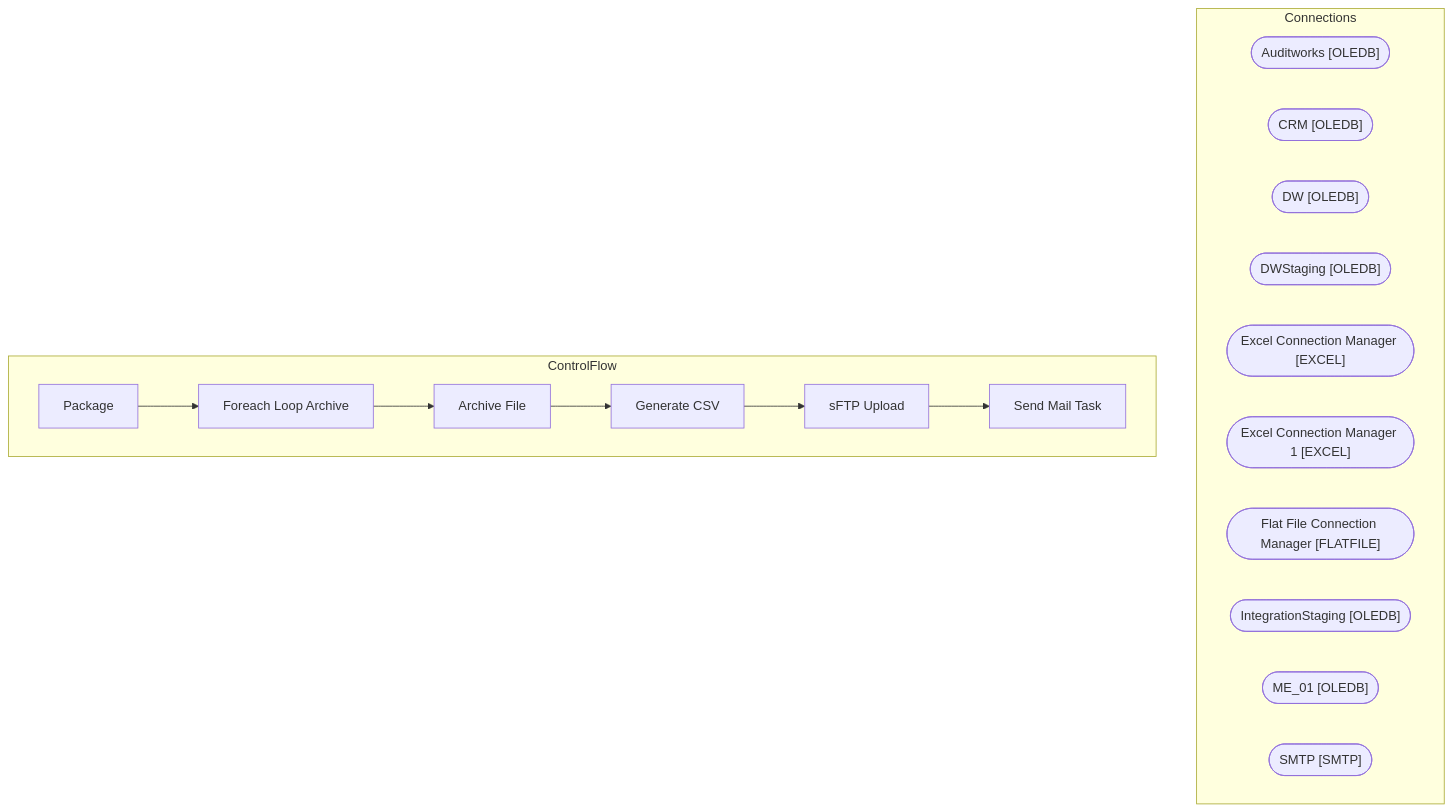
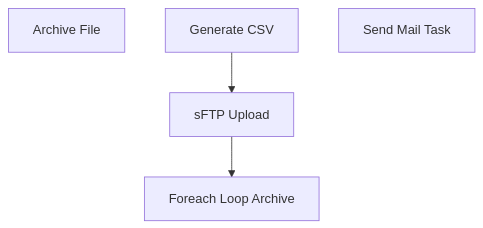
Before and after one commit to juanandresbrain/BABSkills: the diagram in bab-docs-explorer/Documentation/STL-SSIS-P-01/SSIS/HR/StoreForceLabor.Package.md, drawn with Mermaid. The commit also changed other lines of this file and 273 other files, not shown here.

````diff
--- a/bab-docs-explorer/Documentation/STL-SSIS-P-01/SSIS/HR/StoreForceLabor.Package.md
+++ b/bab-docs-explorer/Documentation/STL-SSIS-P-01/SSIS/HR/StoreForceLabor.Package.md
@@ -9,28 +45,10 @@
 ```mermaid
 flowchart TD
-    subgraph Connections
-        Auditworks_conn(["Auditworks [OLEDB]"])
-        CRM_conn(["CRM [OLEDB]"])
-        DW_conn(["DW [OLEDB]"])
-        DWStaging_conn(["DWStaging [OLEDB]"])
-        Excel_Connection_Manager_conn(["Excel Connection Manager [EXCEL]"])
-        Excel_Connection_Manager_1_conn(["Excel Connection Manager 1 [EXCEL]"])
-        Flat_File_Connection_Manager_conn(["Flat File Connection Manager [FLATFILE]"])
-        IntegrationStaging_conn(["IntegrationStaging [OLEDB]"])
-        ME_01_conn(["ME_01 [OLEDB]"])
-        SMTP_conn(["SMTP [SMTP]"])
-    end
-    subgraph ControlFlow
-        Package_task["Package"]
-        Foreach_Loop_Archive_task["Foreach Loop Archive"]
-        Package_task --> Foreach_Loop_Archive_task
-        Archive_File_task["Archive File"]
-        Foreach_Loop_Archive_task --> Archive_File_task
-        Generate_CSV_task["Generate CSV"]
-        Archive_File_task --> Generate_CSV_task
-        sFTP_Upload_task["sFTP Upload"]
-        Generate_CSV_task --> sFTP_Upload_task
-        Send_Mail_Task_task["Send Mail Task"]
-        sFTP_Upload_task --> Send_Mail_Task_task
-    end
+    n_Package_Foreach_Loop_Archive["Foreach Loop Archive"]
+    n_Package_Foreach_Loop_Archive_Archive_File["Archive File"]
+    n_Package_Generate_CSV["Generate CSV"]
+    n_Package_sFTP_Upload["sFTP Upload"]
+    n_Package_EventHandlers_OnError__Send_Mail_Task["Send Mail Task"]
+    n_Package_Generate_CSV --> n_Package_sFTP_Upload
+    n_Package_sFTP_Upload --> n_Package_Foreach_Loop_Archive
 ```
````
